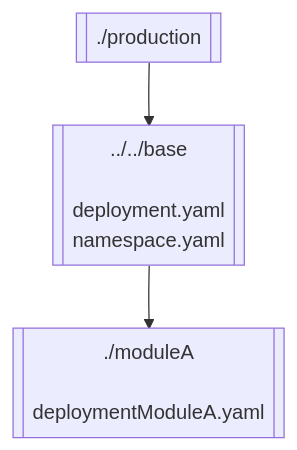
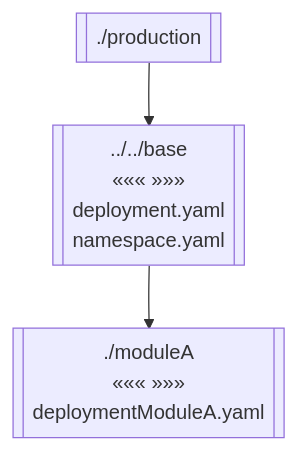
One commit to dv0gt/kustomize-graph-md changed the second of 3 diagrams in README.md. Above: the diagram before and after it, drawn with Mermaid. The commit also changed other lines of this file and 2 other files, not shown here.

````diff
--- a/README.md
+++ b/README.md
@@ -70,8 +70,8 @@
 ```mermaid
 flowchart TB
 K2388409362 --> K1632387892
 K1632387892 --> K244167769
-K244167769[[./moduleA<br/><br/>deploymentModuleA.yaml]]
-K1632387892[[../../base<br/><br/>deployment.yaml<br/>namespace.yaml]]
+K244167769[[./moduleA<br/>#171;#171;#171; #187;#187;#187;<br/>deploymentModuleA.yaml]]
+K1632387892[[../../base<br/>#171;#171;#171; #187;#187;#187;<br/>deployment.yaml<br/>namespace.yaml]]
 K2388409362[[./production]]
 ```
````
